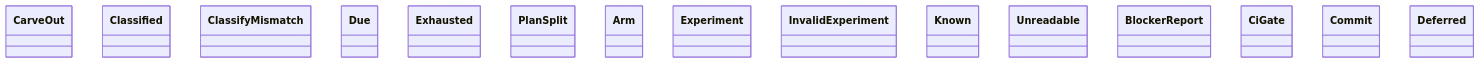
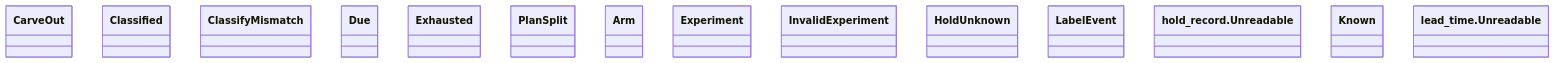
The diagram in docs/architecture/generated/classes-process-domain-state-1.md (GonzaloZevallos/agentic-system), drawn with Mermaid before and after one commit. The commit also changed other lines of this file and 38 other files, not shown here.

First line of the commit message:
Add the held stage: a holds record read by hold_record and claimed before the queue

````diff
--- a/docs/architecture/generated/classes-process-domain-state-1.md
+++ b/docs/architecture/generated/classes-process-domain-state-1.md
@@ -31,18 +32,17 @@
 ```mermaid
 classDiagram
     class carve_out__CarveOut["CarveOut"]
     class drawing_answer__Classified["Classified"]
     class drawing_answer__ClassifyMismatch["ClassifyMismatch"]
     class drawing_answer__Due["Due"]
     class drawing_answer__Exhausted["Exhausted"]
     class drawing_answer__PlanSplit["PlanSplit"]
     class experiment__Arm["Arm"]
     class experiment__Experiment["Experiment"]
     class experiment__InvalidExperiment["InvalidExperiment"]
+    class hold_record__HoldUnknown["HoldUnknown"]
+    class hold_record__LabelEvent["LabelEvent"]
+    class hold_record__Unreadable["hold_record.Unreadable"]
     class lead_time__Known["Known"]
-    class lead_time__Unreadable["Unreadable"]
-    class rules__BlockerReport["BlockerReport"]
-    class rules__CiGate["CiGate"]
-    class rules__Commit["Commit"]
-    class rules__Deferred["Deferred"]
+    class lead_time__Unreadable["lead_time.Unreadable"]
 ```
````
